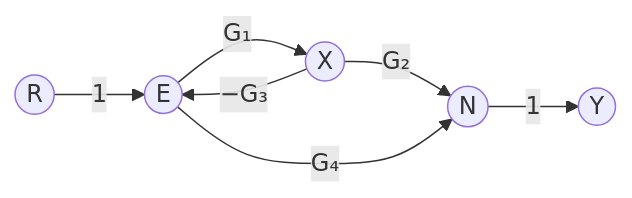
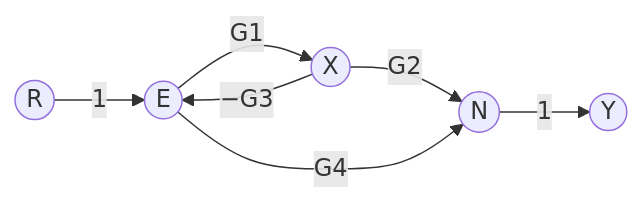
The eighth of 14 diagrams in Lecture-Notes/Week06_Control-System-Modeling-III/Concepts_Lecture.ko.md (Choroning/25Fall_Neural-Network-Control-Systems), drawn with Mermaid before and after one commit. The commit also changed other lines of this file and 25 other files, not shown here.

````diff
--- a/Lecture-Notes/Week06_Control-System-Modeling-III/Concepts_Lecture.ko.md
+++ b/Lecture-Notes/Week06_Control-System-Modeling-III/Concepts_Lecture.ko.md
@@ -285,9 +285,9 @@
 ```mermaid
 flowchart LR
   R(("R")) -->|"1"| E(("E"))
-  E -->|"G₁"| X(("X"))
-  X -->|"−G₃"| E
-  X -->|"G₂"| N(("N"))
-  E -->|"G₄"| N
+  E -->|"G1"| X(("X"))
+  X -->|"−G3"| E
+  X -->|"G2"| N(("N"))
+  E -->|"G4"| N
   N -->|"1"| Y(("Y"))
 ```
````
